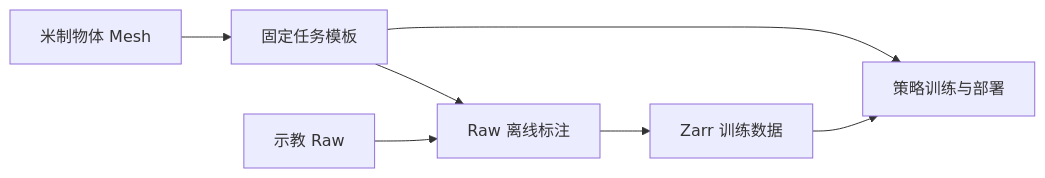
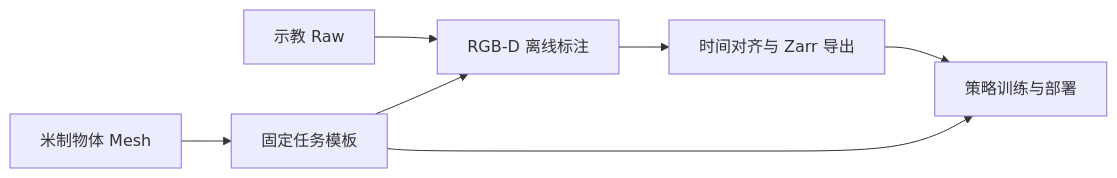
One commit to haoyangzhanglab/dexmani_real changed the diagram in docs/object_reconstruction.md. Above: the diagram before and after it, drawn with Mermaid. The commit also changed other lines of this file and 26 other files, not shown here.

````diff
--- a/docs/object_reconstruction.md
+++ b/docs/object_reconstruction.md
@@ -13,9 +15,9 @@
 ```mermaid
 flowchart LR
     mesh[米制物体 Mesh] --> template[固定任务模板]
-    template --> annotation[Raw 离线标注]
-    raw[示教 Raw] --> annotation
-    annotation --> zarr[Zarr 训练数据]
+    raw[示教 Raw] --> annotation[RGB-D 离线标注]
+    template --> annotation
+    annotation --> zarr[时间对齐与 Zarr 导出]
     zarr --> policy[策略训练与部署]
     template --> policy
 ```
````
